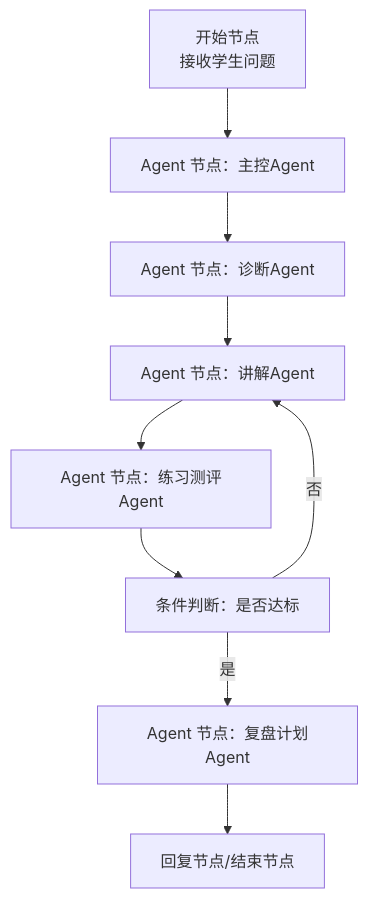
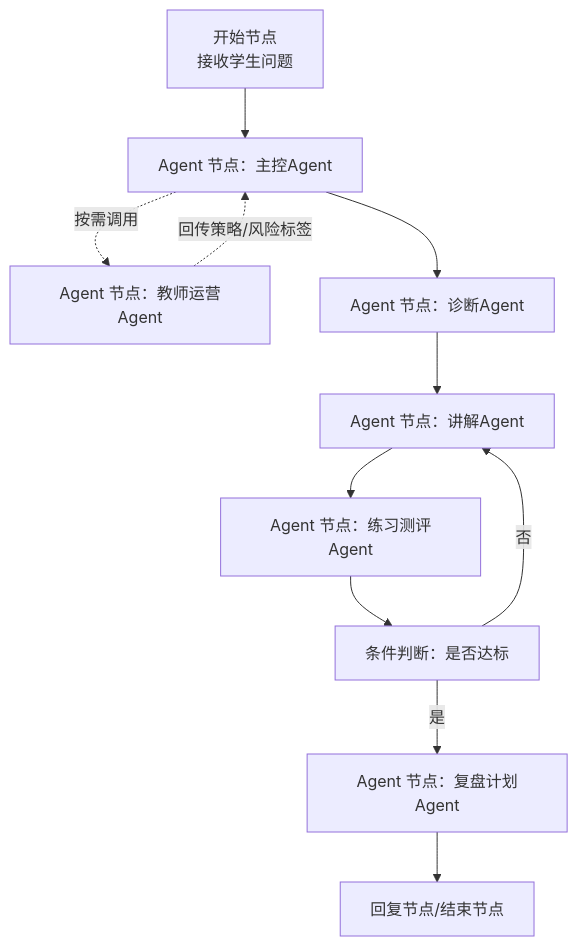
The seventh of 13 diagrams in doc/腾讯平台使用文档/腾讯云ADP-Multi-Agent版AI教师智能体从0到1新手闭环指南.md (chenqsq/doc-showcase), drawn with Mermaid before and after one commit. The commit also changed other lines of this file and 6 other files, not shown here.

````diff
--- a/doc/腾讯平台使用文档/腾讯云ADP-Multi-Agent版AI教师智能体从0到1新手闭环指南.md
+++ b/doc/腾讯平台使用文档/腾讯云ADP-Multi-Agent版AI教师智能体从0到1新手闭环指南.md
@@ -269,11 +273,13 @@
 ```mermaid
 flowchart TD
     A["开始节点<br/>接收学生问题"] --> B["Agent 节点：主控Agent"]
+    B -.按需调用.-> T["Agent 节点：教师运营Agent"]
+    T -.回传策略/风险标签.-> B
     B --> C["Agent 节点：诊断Agent"]
     C --> D["Agent 节点：讲解Agent"]
     D --> E["Agent 节点：练习测评Agent"]
     E --> F["条件判断：是否达标"]
     F -->|否| D
     F -->|是| G["Agent 节点：复盘计划Agent"]
     G --> H["回复节点/结束节点"]
 ```
````
